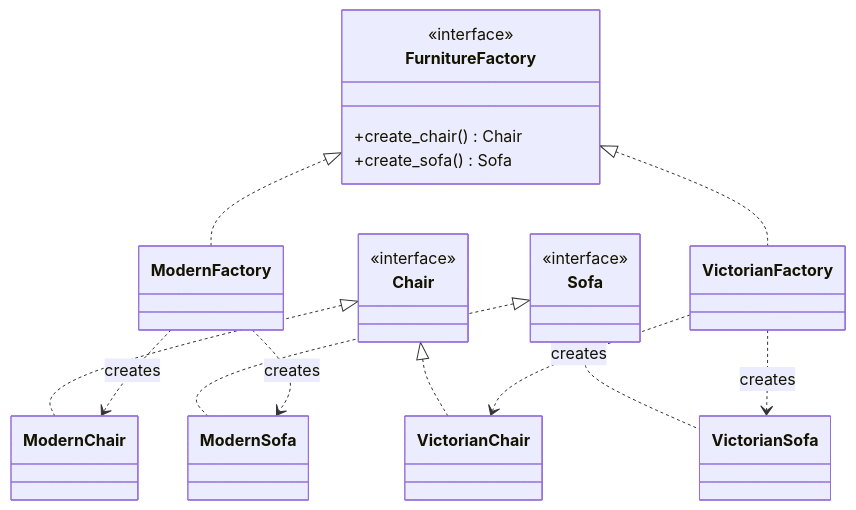
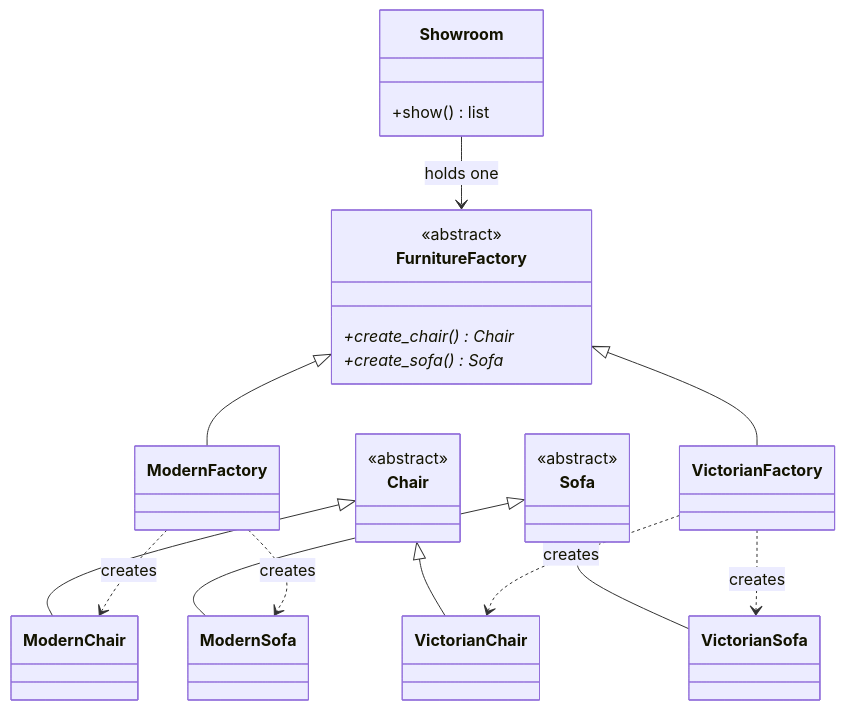
One commit to pankajsoni22/system-design changed the seventh of 11 diagrams in low-level-design/design-principles/factory-design-pattern/README.md. Above: the diagram before and after it, drawn with Mermaid. The commit also changed other lines of this file and 7 other files, not shown here.

First line of the commit message:
Rework Factory tutorial: one full, beginner-friendly section per flavour

````diff
--- a/low-level-design/design-principles/factory-design-pattern/README.md
+++ b/low-level-design/design-principles/factory-design-pattern/README.md
@@ -180,30 +689,35 @@
 ```mermaid
 classDiagram
+    direction TB
+    class Showroom {
+        +show() list
+    }
     class FurnitureFactory {
-        <<interface>>
-        +create_chair() Chair
-        +create_sofa() Sofa
+        <<abstract>>
+        +create_chair()* Chair
+        +create_sofa()* Sofa
     }
     class ModernFactory
     class VictorianFactory
     class Chair {
-        <<interface>>
+        <<abstract>>
     }
     class Sofa {
-        <<interface>>
+        <<abstract>>
     }
     class ModernChair
     class ModernSofa
     class VictorianChair
     class VictorianSofa
-    FurnitureFactory <|.. ModernFactory
-    FurnitureFactory <|.. VictorianFactory
-    Chair <|.. ModernChair
-    Chair <|.. VictorianChair
-    Sofa <|.. ModernSofa
-    Sofa <|.. VictorianSofa
+    Showroom --> FurnitureFactory : holds one
+    FurnitureFactory <|-- ModernFactory
+    FurnitureFactory <|-- VictorianFactory
+    Chair <|-- ModernChair
+    Chair <|-- VictorianChair
+    Sofa <|-- ModernSofa
+    Sofa <|-- VictorianSofa
     ModernFactory ..> ModernChair : creates
     ModernFactory ..> ModernSofa : creates
     VictorianFactory ..> VictorianChair : creates
     VictorianFactory ..> VictorianSofa : creates
 ```
````
